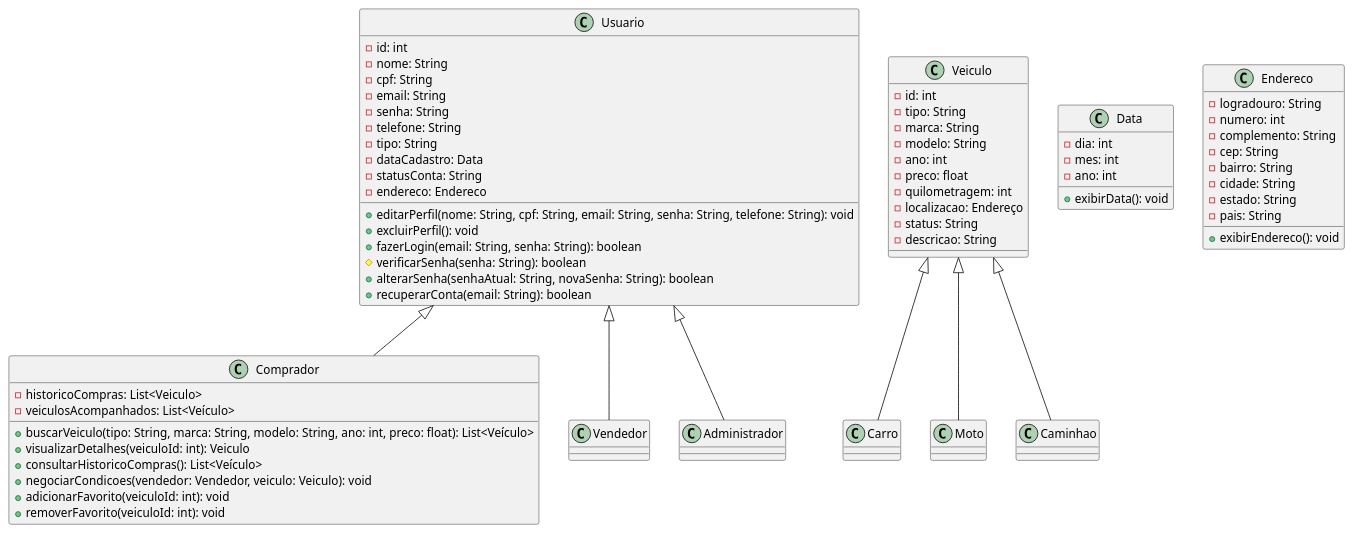
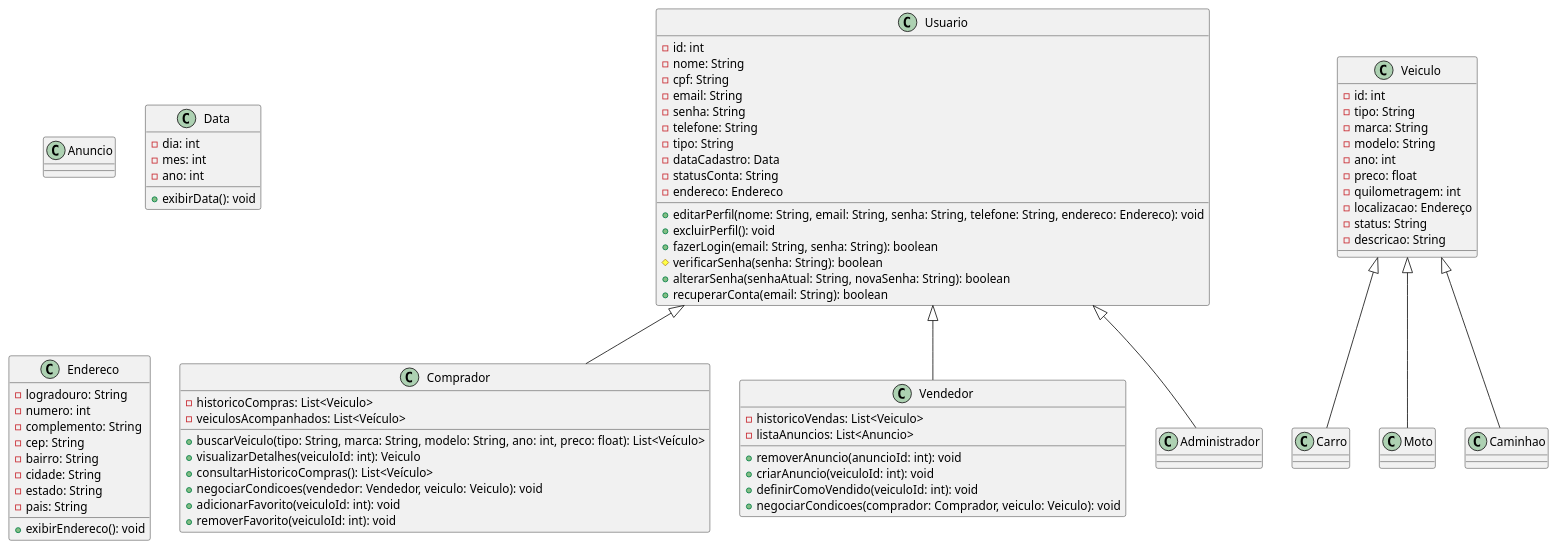
Before and after one commit to guilhermeoliveirateo/sistema-compra-venda-veiculos: the diagram in classes.md, drawn with PlantUML.

```diff
--- a/classes.md
+++ b/classes.md
@@ -21,7 +21,7 @@
 -statusConta: String
 -endereco: Endereco
 
-+editarPerfil(nome: String, cpf: String, email: String, senha: String, telefone: String): void
++editarPerfil(nome: String, email: String, senha: String, telefone: String, endereco: Endereco): void
 +excluirPerfil(): void
 +fazerLogin(email: String, senha: String): boolean
 #verificarSenha(senha: String): boolean
@@ -42,6 +42,13 @@
 }
 
 class Vendedor {
+-historicoVendas: List<Veiculo>
+-listaAnuncios: List<Anuncio>
+
++removerAnuncio(anuncioId: int): void
++criarAnuncio(veiculoId: int): void
++definirComoVendido(veiculoId: int): void
++negociarCondicoes(comprador: Comprador, veiculo: Veiculo): void
 
 }
 
@@ -80,6 +87,10 @@
 Veiculo <|-- Moto
 Veiculo <|-- Caminhao
 
+class Anuncio {
+
+}
+
 class Data {
 -dia: int
 -mes: int
```
